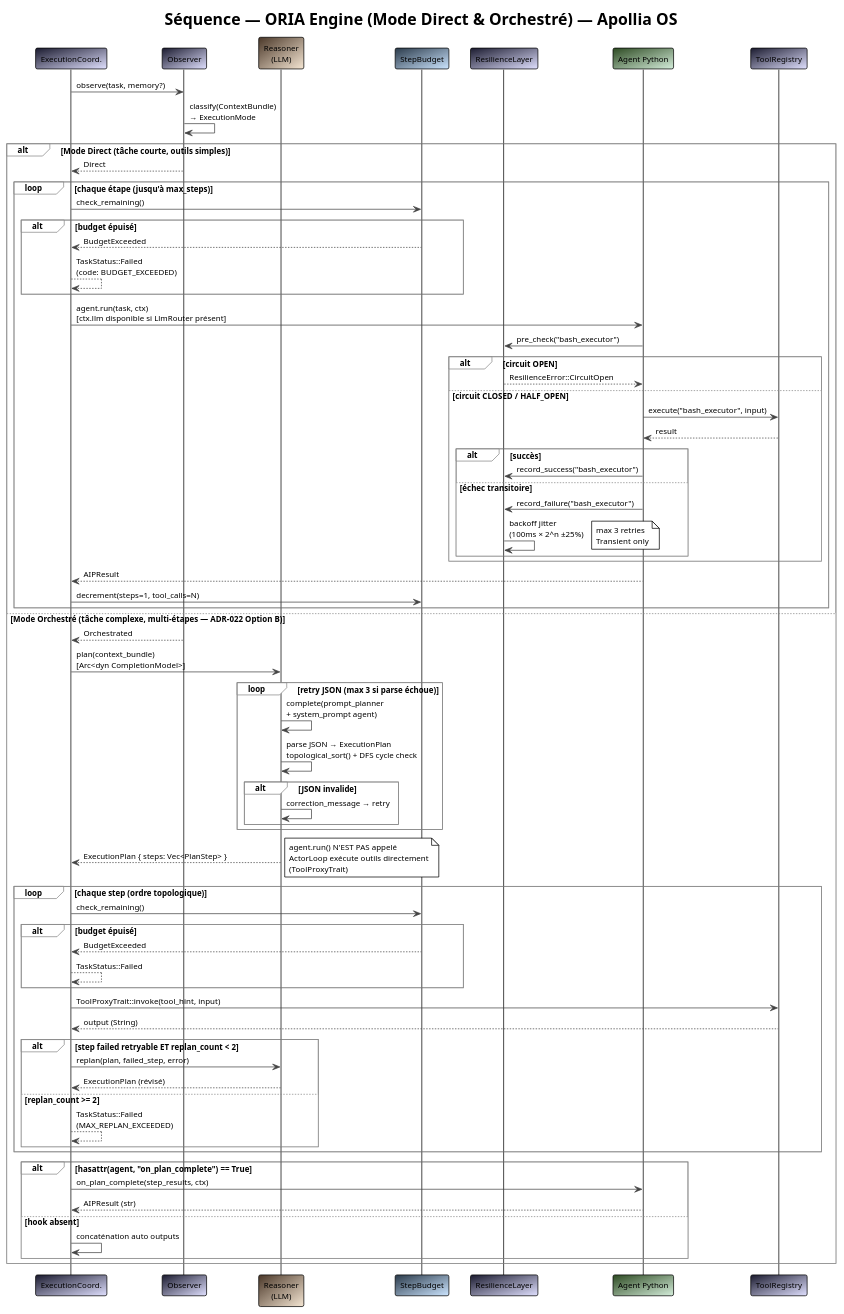
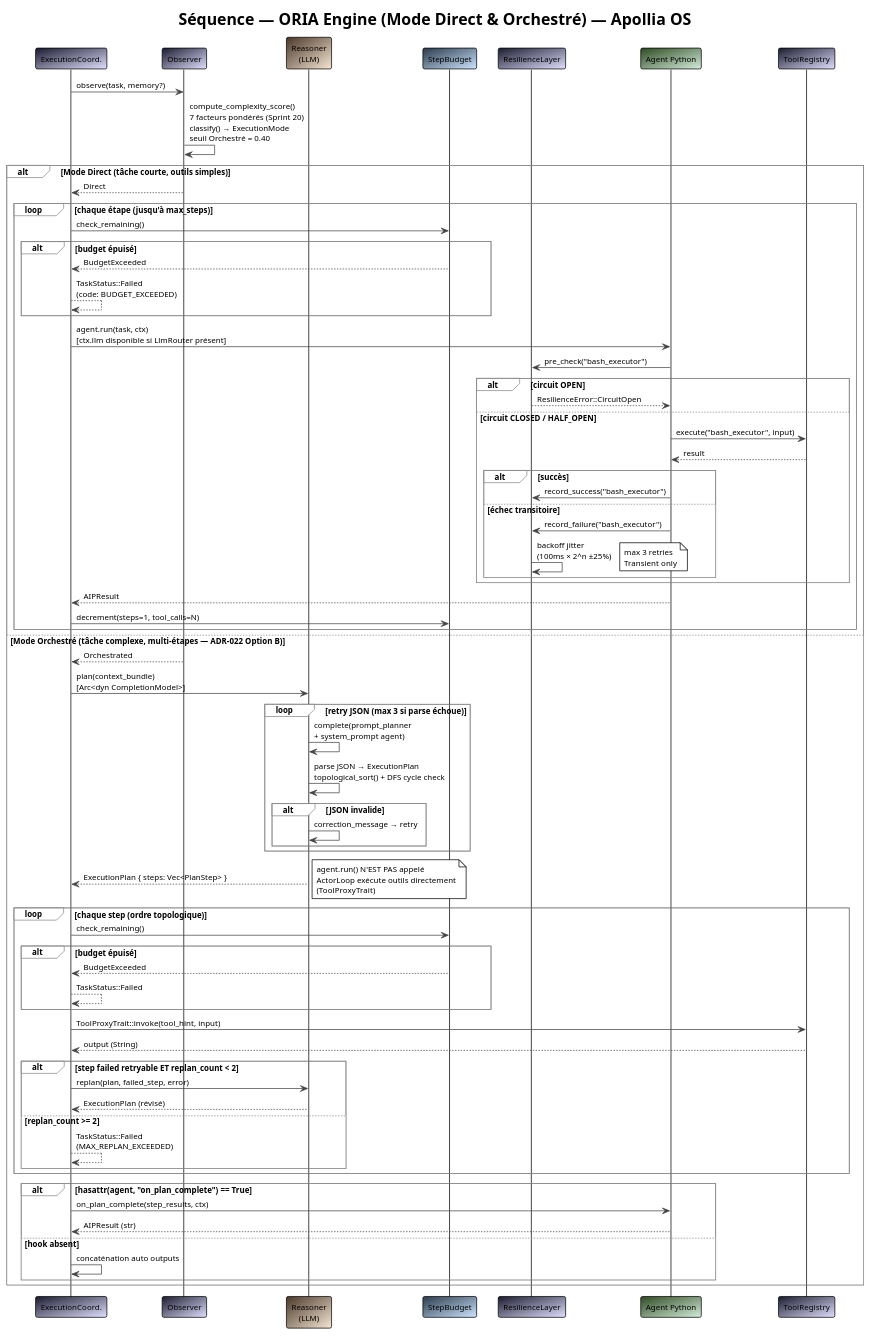
The diagram in docs/diagrams/seq-oria-loop.puml (nidal-z/apollia-os), drawn with PlantUML before and after one commit. The commit also changed 14 other files, not shown here.

First line of the commit message:
feat(architecture): add ADR-035 for per-step observation and ADR-036 for plan cache strategy

```diff
--- a/docs/diagrams/seq-oria-loop.puml
+++ b/docs/diagrams/seq-oria-loop.puml
@@ -1,103 +1,103 @@
 @startuml seq-oria-loop
 !theme plain
 skinparam backgroundColor #FFFFFF
 skinparam defaultFontName "JetBrains Mono"
 skinparam defaultFontSize 11
 skinparam ArrowColor #444444
 skinparam BorderColor #444444
 skinparam SequenceGroupBorderColor #888888
 
 title Séquence — ORIA Engine (Mode Direct & Orchestré) — Apollia OS
 
 participant "ExecutionCoord." as coord #1a1a2e/e0e0ff
 participant "Observer" as obs #1a1a2e/e0e0ff
 participant "Reasoner\n(LLM)" as reasoner #4a3728/f5e6d3
 participant "StepBudget" as budget #2a3a4a/cce5ff
 participant "ResilienceLayer" as resilience #1a1a2e/e0e0ff
 participant "Agent Python" as agent #2d4a22/d4edda
 participant "ToolRegistry" as tools #1a1a2e/e0e0ff
 
 coord -> obs : observe(task, memory?)
 
-obs -> obs : classify(ContextBundle)\n→ ExecutionMode
+obs -> obs : compute_complexity_score()\n7 facteurs pondérés (Sprint 20)\nclassify() → ExecutionMode\nseuil Orchestré = 0.40
 
 alt Mode Direct (tâche courte, outils simples)
 
   obs --> coord : Direct
 
   loop chaque étape (jusqu'à max_steps)
     coord -> budget : check_remaining()
 
     alt budget épuisé
       budget --> coord : BudgetExceeded
       coord --> coord : TaskStatus::Failed\n(code: BUDGET_EXCEEDED)
     end
 
     coord -> agent : agent.run(task, ctx)\n[ctx.llm disponible si LlmRouter présent]
     agent -> resilience : pre_check("bash_executor")
 
     alt circuit OPEN
       resilience --> agent : ResilienceError::CircuitOpen
     else circuit CLOSED / HALF_OPEN
       agent -> tools : execute("bash_executor", input)
       tools --> agent : result
 
       alt succès
         agent -> resilience : record_success("bash_executor")
       else échec transitoire
         agent -> resilience : record_failure("bash_executor")
         resilience -> resilience : backoff jitter\n(100ms × 2^n ±25%)
         note right : max 3 retries\nTransient only
       end
     end
 
     agent --> coord : AIPResult
     coord -> budget : decrement(steps=1, tool_calls=N)
   end
 
 else Mode Orchestré (tâche complexe, multi-étapes — ADR-022 Option B)
 
   obs --> coord : Orchestrated
 
   coord -> reasoner : plan(context_bundle)\n[Arc<dyn CompletionModel>]
 
   loop retry JSON (max 3 si parse échoue)
     reasoner -> reasoner : complete(prompt_planner\n+ system_prompt agent)
     reasoner -> reasoner : parse JSON → ExecutionPlan\ntopological_sort() + DFS cycle check
     alt JSON invalide
       reasoner -> reasoner : correction_message → retry
     end
   end
 
   reasoner --> coord : ExecutionPlan { steps: Vec<PlanStep> }
   note right : agent.run() N'EST PAS appelé\nActorLoop exécute outils directement\n(ToolProxyTrait)
 
   loop chaque step (ordre topologique)
     coord -> budget : check_remaining()
 
     alt budget épuisé
       budget --> coord : BudgetExceeded
       coord --> coord : TaskStatus::Failed
     end
 
     coord -> tools : ToolProxyTrait::invoke(tool_hint, input)
     tools --> coord : output (String)
 
     alt step failed retryable ET replan_count < 2
       coord -> reasoner : replan(plan, failed_step, error)
       reasoner --> coord : ExecutionPlan (révisé)
     else replan_count >= 2
       coord --> coord : TaskStatus::Failed\n(MAX_REPLAN_EXCEEDED)
     end
   end
 
   alt hasattr(agent, "on_plan_complete") == True
     coord -> agent : on_plan_complete(step_results, ctx)
     agent --> coord : AIPResult (str)
   else hook absent
     coord -> coord : concaténation auto outputs
   end
 
 end
 
 @enduml
```
